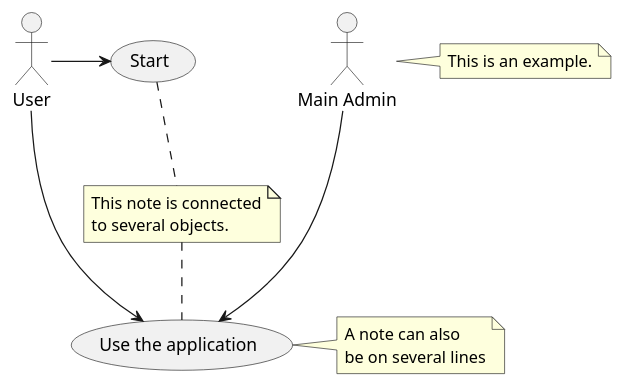
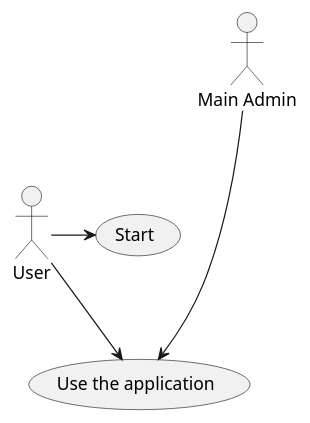
One commit to solsjo/bazel-pandoc-example changed the diagram in example/example.puml. Above: the diagram before and after it, drawn with PlantUML.

```diff
--- a/example/example.puml
+++ b/example/example.puml
@@ -1,22 +1,12 @@
 @startuml
 !pragma svginterface true
 
 :Main Admin: as Admin
 (Use the application) as (Use)
 
 User -> (Start)
 User --> (Use)
 
 Admin ---> (Use)
 
-note right of Admin : This is an example.
-
-note right of (Use)
-  A note can also
-  be on several lines
-end note
-
-note "This note is connected\nto several objects." as N2
-(Start) .. N2
-N2 .. (Use)
 @enduml
```
